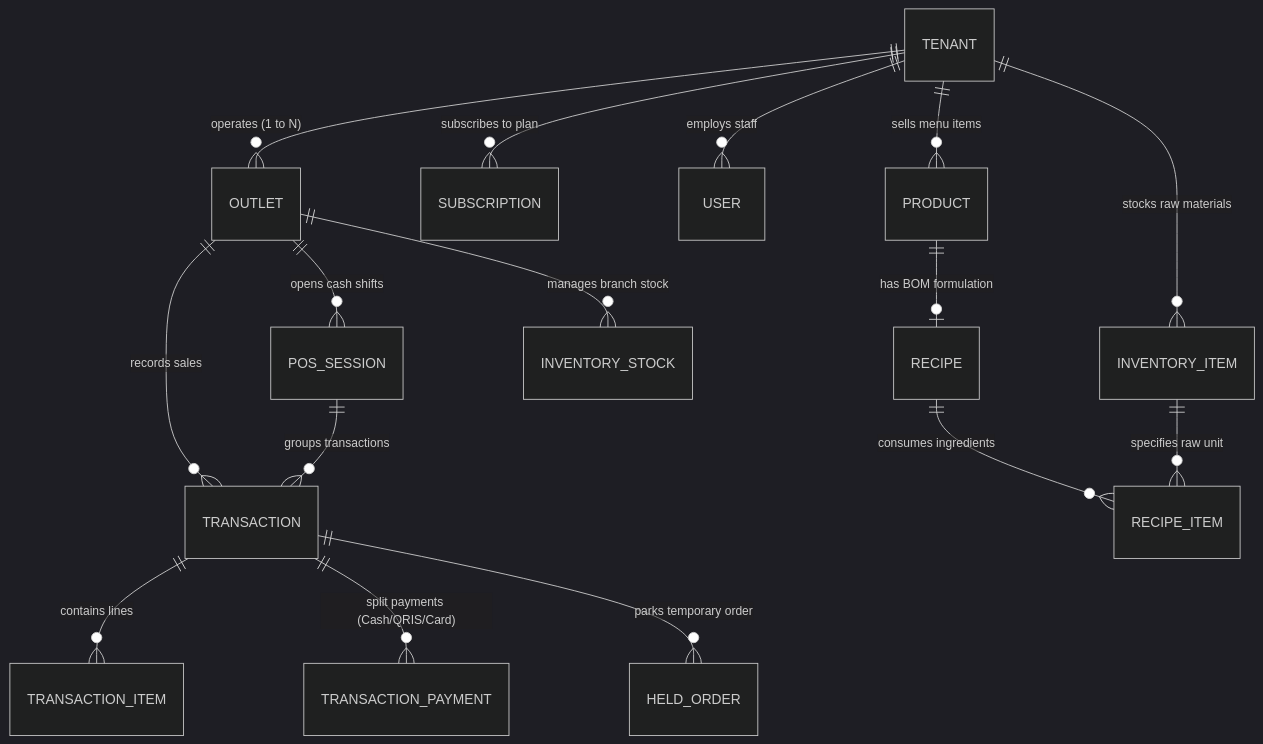
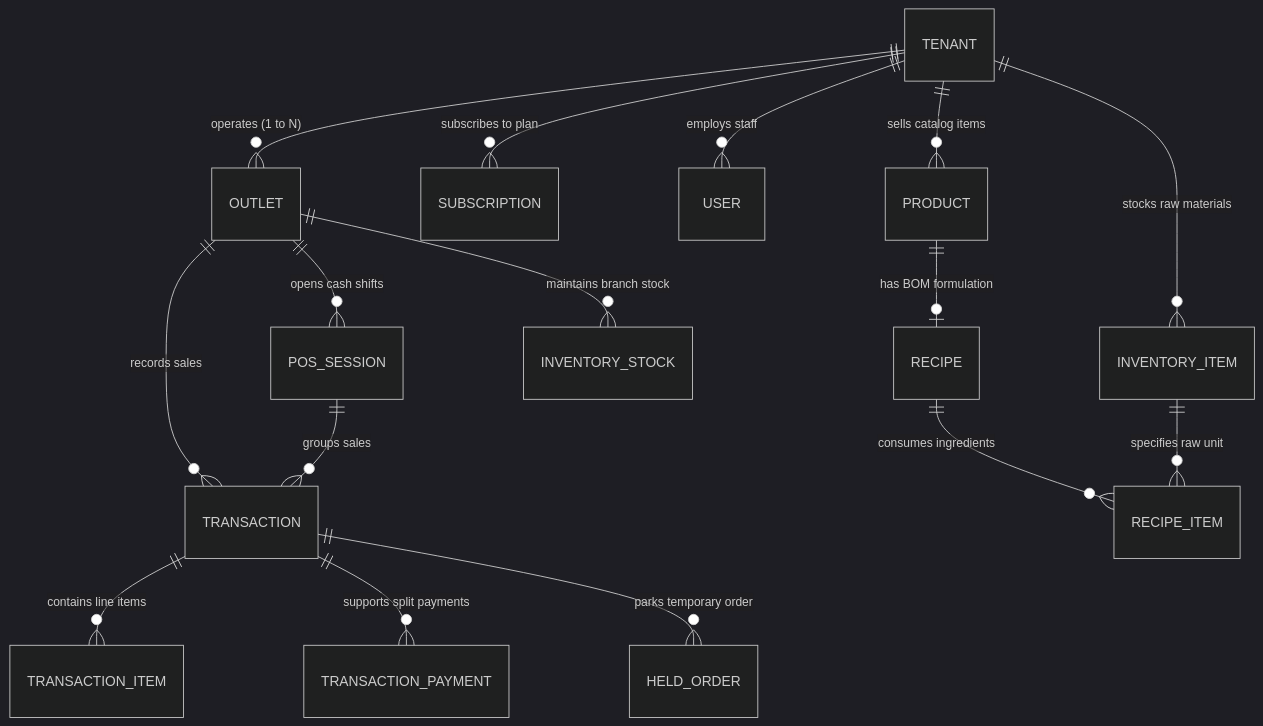
Before and after one commit to mfarim/laravel-pos: the second of 2 diagrams in README.md, drawn with Mermaid (dark theme). The commit also changed other lines of this file and 2 other files, not shown here.

````diff
--- a/README.md
+++ b/README.md
@@ -97,21 +200,21 @@
 ```mermaid
 erDiagram
     TENANT ||--o{ OUTLET : "operates (1 to N)"
     TENANT ||--o{ SUBSCRIPTION : "subscribes to plan"
     TENANT ||--o{ USER : "employs staff"
     TENANT ||--o{ INVENTORY_ITEM : "stocks raw materials"
-    TENANT ||--o{ PRODUCT : "sells menu items"
+    TENANT ||--o{ PRODUCT : "sells catalog items"
 
     OUTLET ||--o{ POS_SESSION : "opens cash shifts"
     OUTLET ||--o{ TRANSACTION : "records sales"
-    OUTLET ||--o{ INVENTORY_STOCK : "manages branch stock"
+    OUTLET ||--o{ INVENTORY_STOCK : "maintains branch stock"
 
     PRODUCT ||--o| RECIPE : "has BOM formulation"
     RECIPE ||--o{ RECIPE_ITEM : "consumes ingredients"
     INVENTORY_ITEM ||--o{ RECIPE_ITEM : "specifies raw unit"
 
-    POS_SESSION ||--o{ TRANSACTION : "groups transactions"
-    TRANSACTION ||--o{ TRANSACTION_ITEM : "contains lines"
-    TRANSACTION ||--o{ TRANSACTION_PAYMENT : "split payments (Cash/QRIS/Card)"
+    POS_SESSION ||--o{ TRANSACTION : "groups sales"
+    TRANSACTION ||--o{ TRANSACTION_ITEM : "contains line items"
+    TRANSACTION ||--o{ TRANSACTION_PAYMENT : "supports split payments"
     TRANSACTION ||--o{ HELD_ORDER : "parks temporary order"
 ```
````
